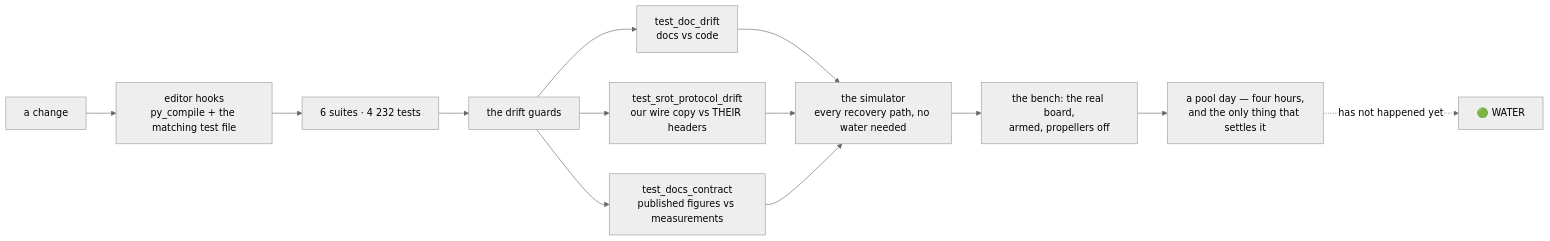
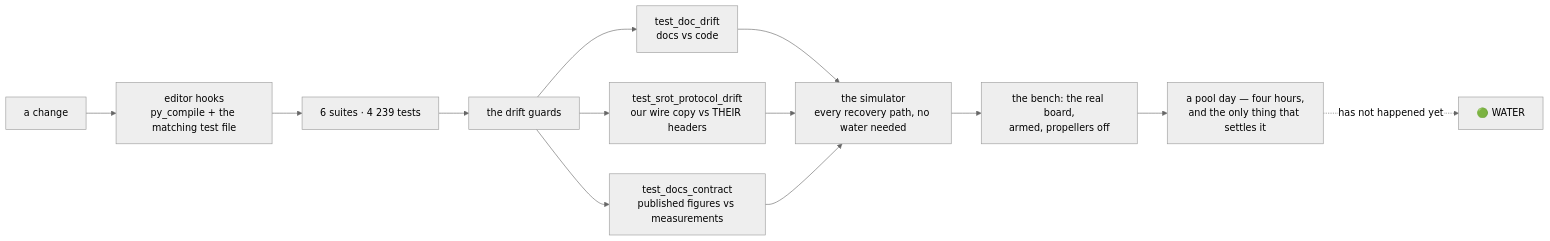
Before and after one commit to fh1m/mongla_ws: the ninth of 10 diagrams in README.md, drawn with Mermaid (neutral theme). The commit also changed other lines of this file and 3 other files, not shown here.

````diff
--- a/README.md
+++ b/README.md
@@ -752,15 +752,15 @@
 ```mermaid
 flowchart LR
     DEV["a change"] --> HOOK["editor hooks<br/>py_compile + the matching test file"]
-    HOOK --> UNIT["6 suites · 4 232 tests"]
+    HOOK --> UNIT["6 suites · 4 239 tests"]
     UNIT --> GUARD["the drift guards"]
     GUARD --> G1["test_doc_drift<br/>docs vs code"]
     GUARD --> G2["test_srot_protocol_drift<br/>our wire copy vs THEIR headers"]
     GUARD --> G3["test_docs_contract<br/>published figures vs measurements"]
     G1 --> SIM["the simulator<br/>every recovery path, no water needed"]
     G2 --> SIM
     G3 --> SIM
     SIM --> BENCH["the bench: the real board,<br/>armed, propellers off"]
     BENCH --> POOL["a pool day — four hours,<br/>and the only thing that settles it"]
     POOL -.->|"has not happened yet"| WATER["🟢 WATER"]
 ```
````
